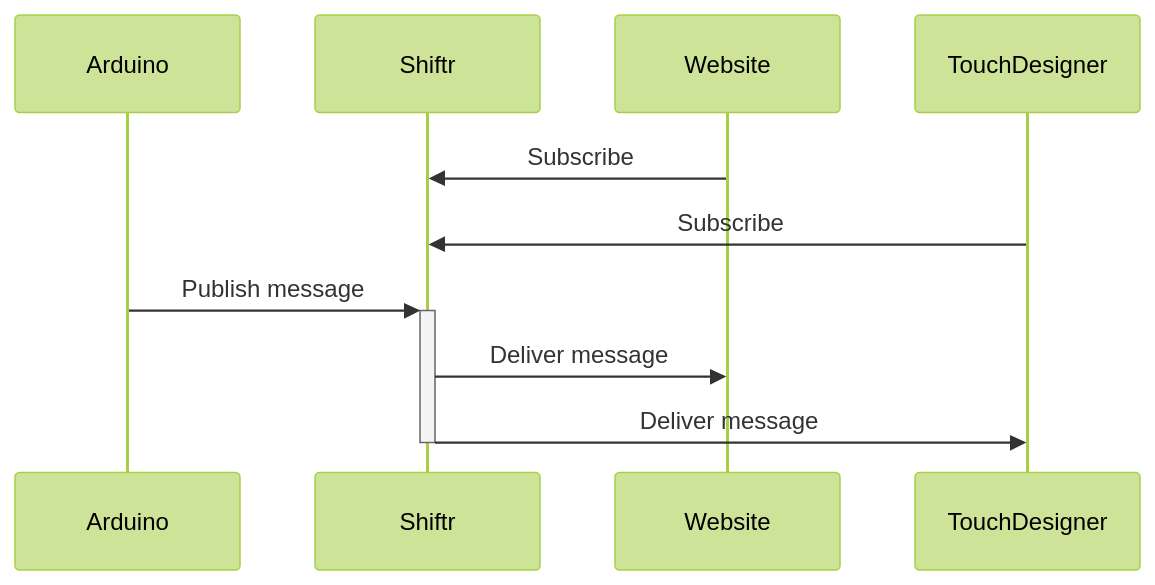
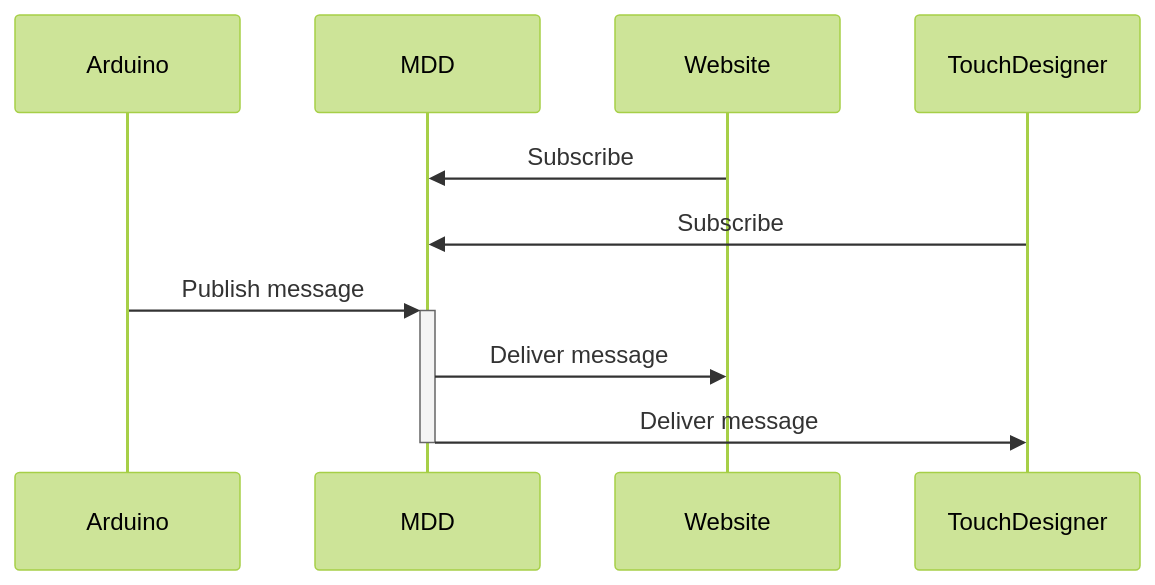
The second of 2 diagrams in slides.md (xiduzo/presentation-mqtt), drawn with Mermaid (forest theme) before and after one commit. The commit also changed other lines of this file and 5 other files, not shown here.

````diff
--- a/slides.md
+++ b/slides.md
@@ -154,13 +155,13 @@
 ```mermaid
 sequenceDiagram
   participant Arduino
-  participant Shiftr
+  participant MDD
   participant Website
   participant TouchDesigner
 
-  Website->>Shiftr: Subscribe
-  TouchDesigner->>Shiftr: Subscribe
-  Arduino->>+Shiftr: Publish message
-  Shiftr->>Website: Deliver message
-  Shiftr->>-TouchDesigner: Deliver message
+  Website->>MDD: Subscribe
+  TouchDesigner->>MDD: Subscribe
+  Arduino->>+MDD: Publish message
+  MDD->>Website: Deliver message
+  MDD->>-TouchDesigner: Deliver message
 ```
````
